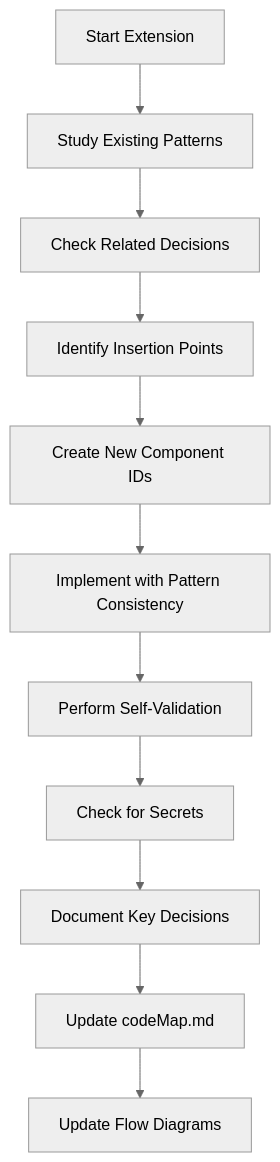
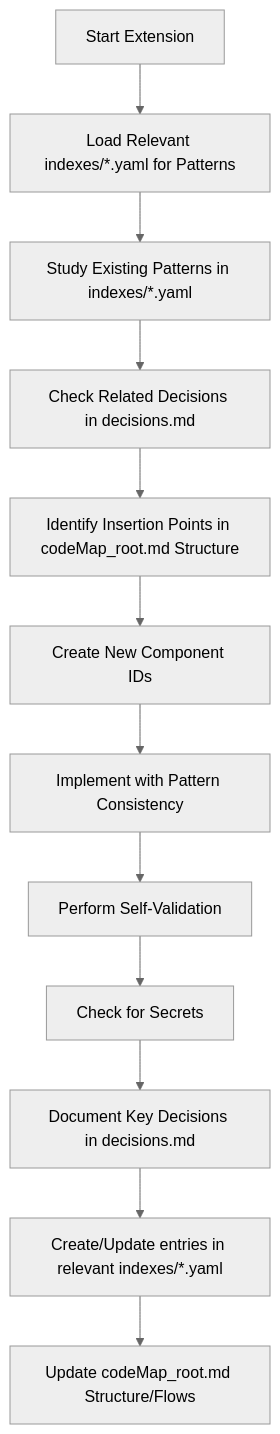
Before and after one commit to freezscholte/AI-Codex: the sixth of 7 diagrams in Prompts/Cursor/memory-bank-with-filetree-prompt.md, drawn with Mermaid (neutral theme). The commit also changed other lines of this file, not shown here.

````diff
--- a/Prompts/Cursor/memory-bank-with-filetree-prompt.md
+++ b/Prompts/Cursor/memory-bank-with-filetree-prompt.md
@@ -345,13 +372,14 @@
 ```mermaid
 flowchart TD
-    Start[Start Extension] --> StudyPatterns[Study Existing Patterns]
-    StudyPatterns --> CheckDecisions[Check Related Decisions]
-    CheckDecisions --> IdentifyPoints[Identify Insertion Points]
+    Start[Start Extension] --> LoadIndexForPatterns[Load Relevant indexes/*.yaml for Patterns]
+    LoadIndexForPatterns --> StudyPatterns[Study Existing Patterns in indexes/*.yaml]
+    StudyPatterns --> CheckDecisions[Check Related Decisions in decisions.md]
+    CheckDecisions --> IdentifyPoints[Identify Insertion Points in codeMap_root.md Structure]
     IdentifyPoints --> AssignIDs[Create New Component IDs]
     AssignIDs --> ImplementConsistent[Implement with Pattern Consistency]
     ImplementConsistent --> ValidateExtension[Perform Self-Validation]
     ValidateExtension --> CheckSecrets[Check for Secrets]
-    CheckSecrets --> DocumentDecisions[Document Key Decisions]
-    DocumentDecisions --> UpdateCodeMap[Update codeMap.md]
-    UpdateCodeMap --> UpdateFlows[Update Flow Diagrams]
+    CheckSecrets --> DocumentDecisions[Document Key Decisions in decisions.md]
+    DocumentDecisions --> UpdateIndex[Create/Update entries in relevant indexes/*.yaml]
+    UpdateIndex --> UpdateRootMap[Update codeMap_root.md Structure/Flows]
 ```
````
